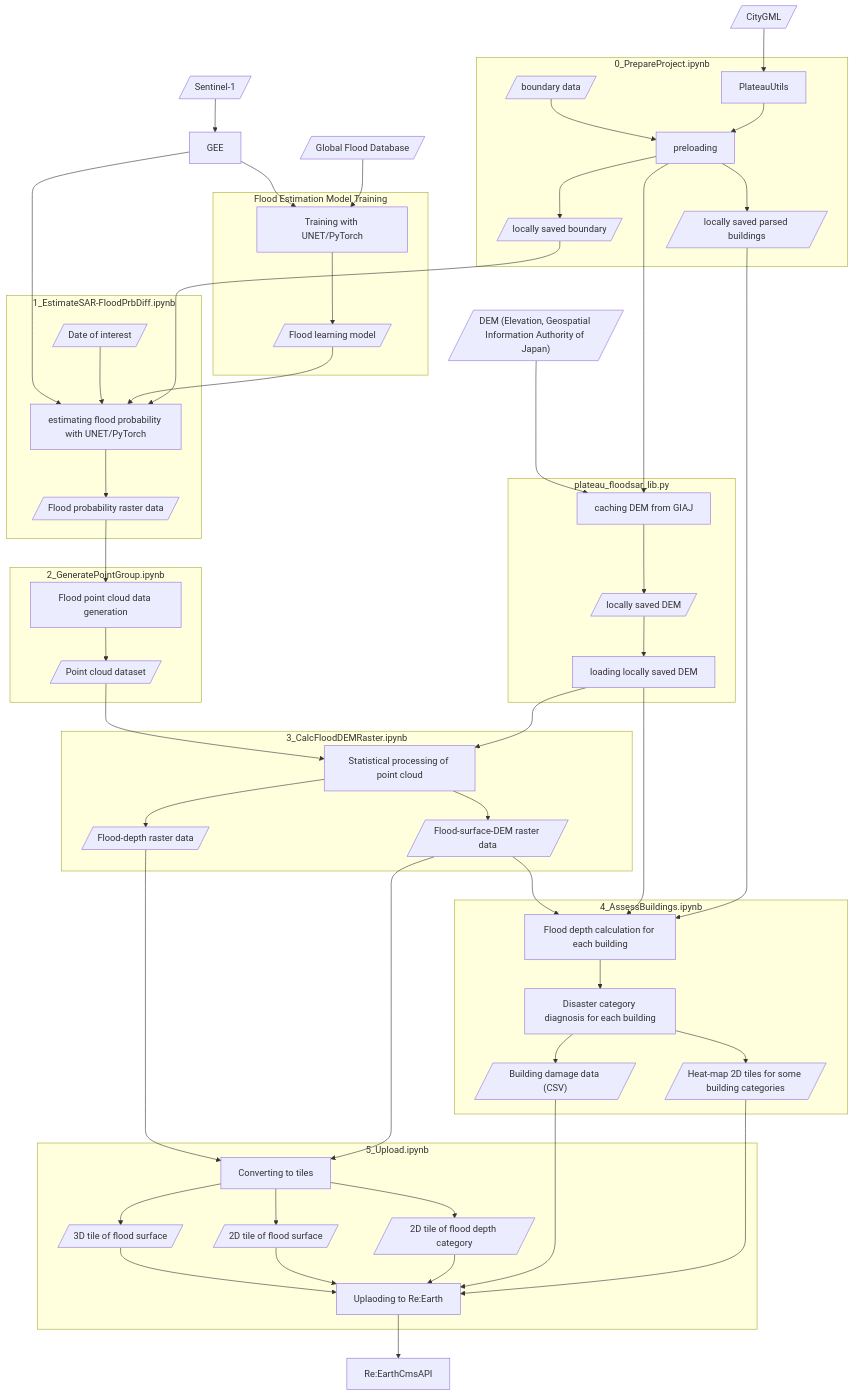
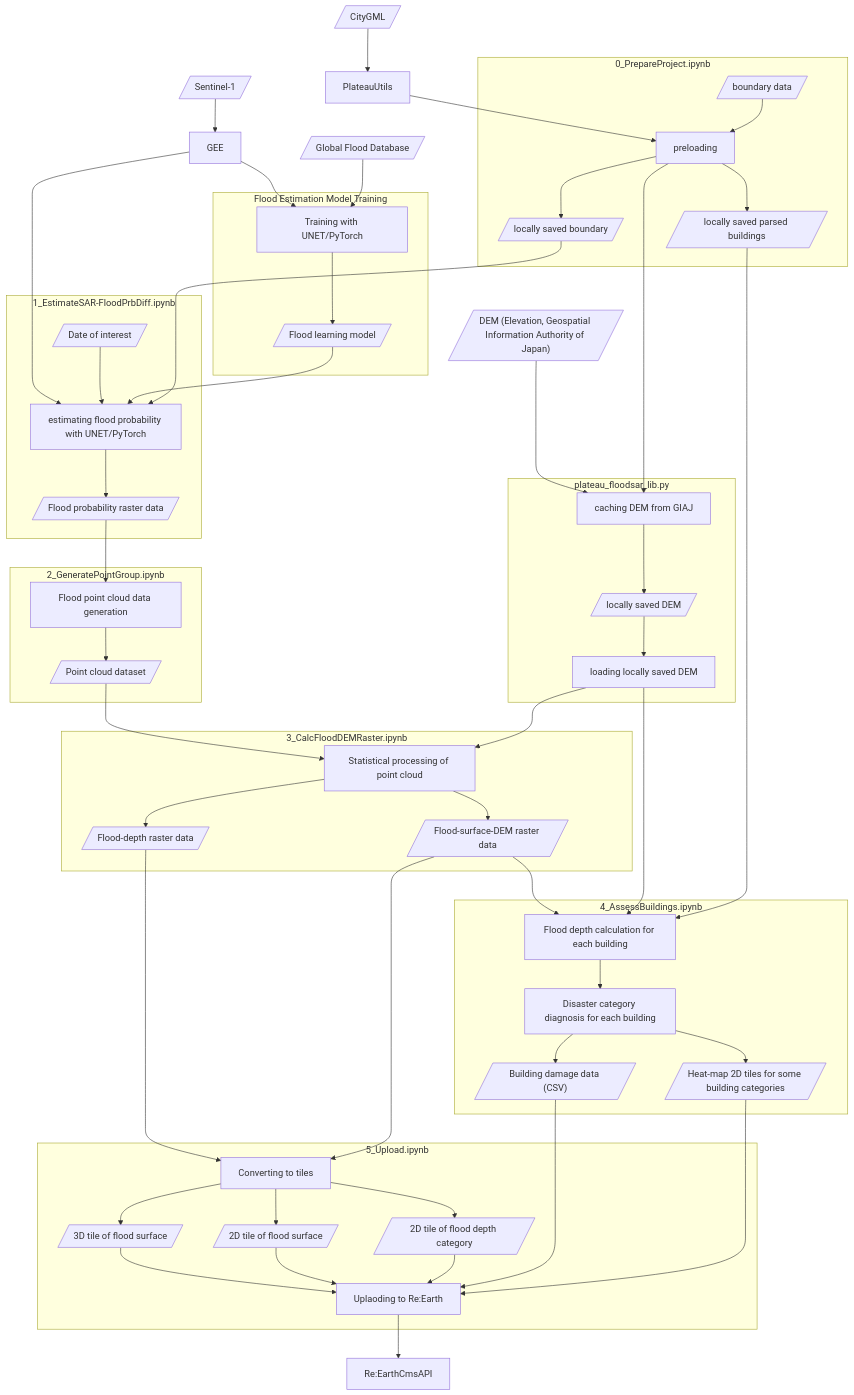
Before and after one commit to eukarya-inc/plateau-2023-uc01-satellite-analytics: the diagram in README.md, drawn with Mermaid.

````diff
--- a/README.md
+++ b/README.md
@@ -19,75 +19,76 @@
 ```mermaid
 graph TD
 	Sentinel-1[/Sentinel-1/] --> GEE
 	
 	GEE--> UNET
 	GEE --> UNET2
 	
 	GFD[/"Global Flood Database"/]--> UNET
 	
 	subgraph Flood Estimation Model Training
 	UNET["Training with UNET/PyTorch"]-->LM[/"Flood learning model"/]
 	end
 	
 	DEM[/"DEM (Elevation, Geospatial Information Authority of Japan)"/]--->loadingDEM
 	CGML[/"CityGML"/] --> PlateauUtils
 	
 	
 	subgraph plateau_floodsar_lib.py
 	loadingDEM["caching DEM from GIAJ"] --> localDEM[/locally saved DEM/]
 	localDEM --> loadinglocalDEM["loading locally saved DEM"]
 	end
 	
+	PlateauUtils --> preloading
+
 	subgraph 0_PrepareProject.ipynb
 	boundary[/boundary data/]-->preloading
-	PlateauUtils --> preloading
 	preloading --> localBld[/locally saved parsed buildings/]
 	preloading -----> loadingDEM
 	preloading --> localBnd[/locally saved boundary/]
 	end
 	
 	
 	subgraph 1_EstimateSAR-FloodPrbDiff.ipynb
 	date[/"Date of interest"/] --> UNET2
 	LM --> UNET2
 	localBnd-->UNET2["estimating flood probability with UNET/PyTorch"]
 	UNET2 --> FR[/"Flood probability raster data"/]
 	end
 	
 	subgraph 2_GeneratePointGroup.ipynb
 	FR --> PT["Flood point cloud data generation"]
 	PT --> PTD[/"Point cloud dataset"/]
 	end
 	
 	subgraph 3_CalcFloodDEMRaster.ipynb
 	PTD --> STAT["Statistical processing of point cloud"]
 	STAT --> FLDepth[/"Flood-depth raster data"/]
 	STAT --> FLDEM[/"Flood-surface-DEM raster data"/]
 	end
 	
 	loadinglocalDEM --> STAT
 	
 	subgraph 4_AssessBuildings.ipynb
 	FLDEM --> FDEVAL["Flood depth calculation for each building"]
 	FDEVAL --> FCAT["Disaster category diagnosis for each building"]
 	FCAT --> FCArray[/"Building damage data (CSV)"/]
 	FCAT --> FCHEAT2Dtiles[/"Heat-map 2D tiles for some building categories"/]
 	end
 	
 	loadinglocalDEM --> FDEVAL
 	localBld --> FDEVAL
 	
 	subgraph 5_Upload.ipynb
 	FLDepth ----->CnvTile
 	FLDEM -----> CnvTile["Converting to tiles"]
 	CnvTile --> FLDEM3Dtile[/"3D tile of flood surface"/]
 	CnvTile --> FLDEM2Dtile[/"2D tile of flood surface"/]
 	CnvTile --> FLDepth2Dtile[/"2D tile of flood depth category"/]
 	FLDEM3Dtile --> upload["Uplaoding to Re:Earth"]
 	FLDEM2Dtile --> upload
 	FLDepth2Dtile --> upload
 	FCArray --> upload
 	FCHEAT2Dtiles --> upload
 	end
 	upload --> RECA["Re:EarthCmsAPI"]
 ```
````
